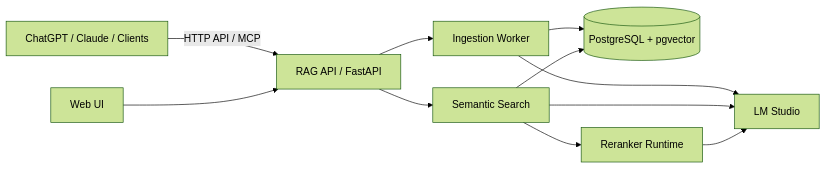
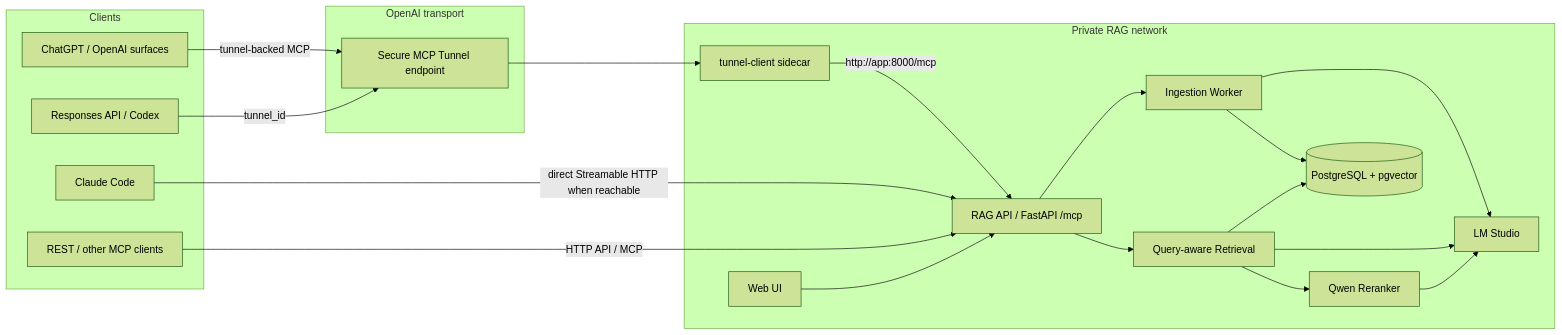
Before and after one commit to apinheiro99/rag-mcp: the first of 8 diagrams in docs/architecture.md, drawn with Mermaid (forest theme). The commit also changed other lines of this file and 2 other files, not shown here.

Commit message:
docs: align architecture and MCP access runbook

````diff
--- a/docs/architecture.md
+++ b/docs/architecture.md
@@ -74,13 +74,40 @@
 ```mermaid
 flowchart LR
-    C[ChatGPT / Claude / Clients] -->|HTTP API / MCP| API[RAG API / FastAPI]
-    UI[Web UI] --> API
-    API --> ING[Ingestion Worker]
-    API --> SEARCH[Semantic Search]
-    ING --> DB[(PostgreSQL + pgvector)]
+    subgraph Clients
+        GPT[ChatGPT / OpenAI surfaces]
+        RESP[Responses API / Codex]
+        CLAUDE[Claude Code]
+        REST[REST / other MCP clients]
+    end
+
+    subgraph OpenAI_transport[OpenAI transport]
+        OT[Secure MCP Tunnel endpoint]
+    end
+
+    subgraph Private_runtime[Private RAG network]
+        TC[tunnel-client sidecar]
+        API[RAG API / FastAPI /mcp]
+        UI[Web UI]
+        ING[Ingestion Worker]
+        SEARCH[Query-aware Retrieval]
+        RR[Qwen Reranker]
+        DB[(PostgreSQL + pgvector)]
+        LMS[LM Studio]
+    end
+
+    GPT -->|tunnel-backed MCP| OT
+    RESP -->|tunnel_id| OT
+    OT --> TC
+    TC -->|http://app:8000/mcp| API
+    CLAUDE -->|direct Streamable HTTP when reachable| API
+    REST -->|HTTP API / MCP| API
+    UI --> API
+    API --> ING
+    API --> SEARCH
+    ING --> DB
     SEARCH --> DB
-    ING --> LMS[LM Studio]
+    ING --> LMS
     SEARCH --> LMS
-    SEARCH --> RR[Reranker Runtime]
+    SEARCH --> RR
     RR --> LMS
 ```
````
